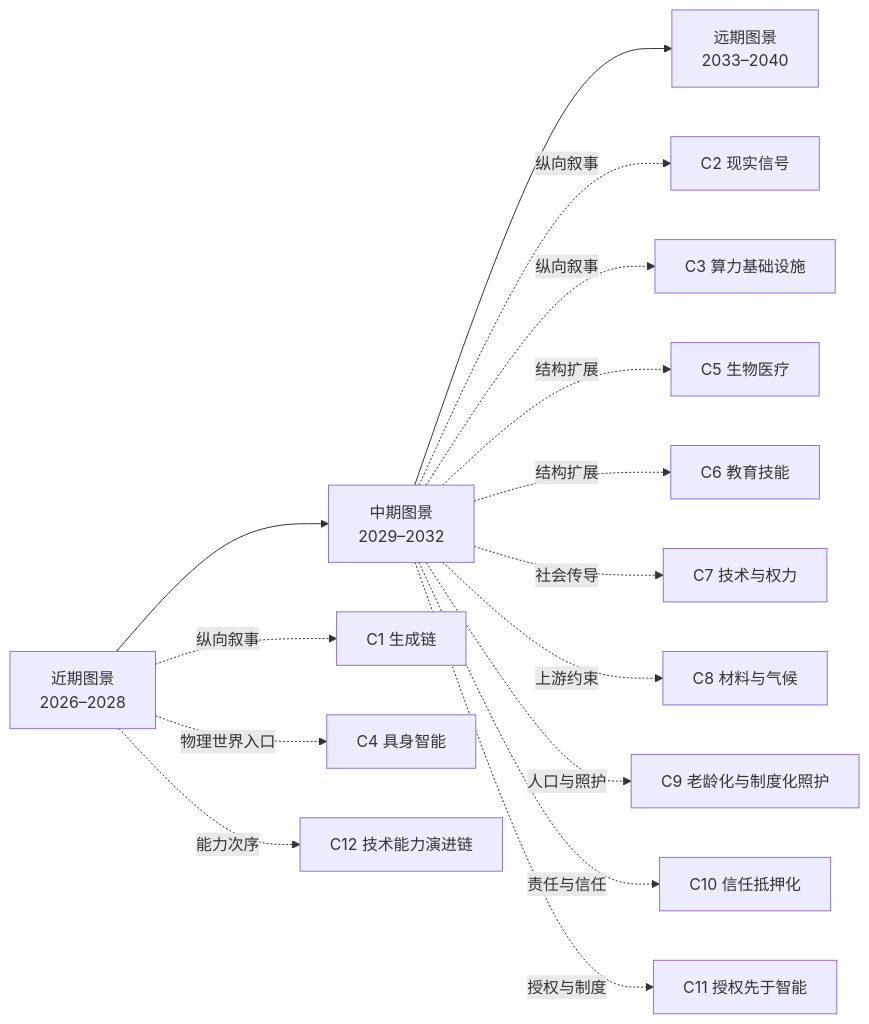
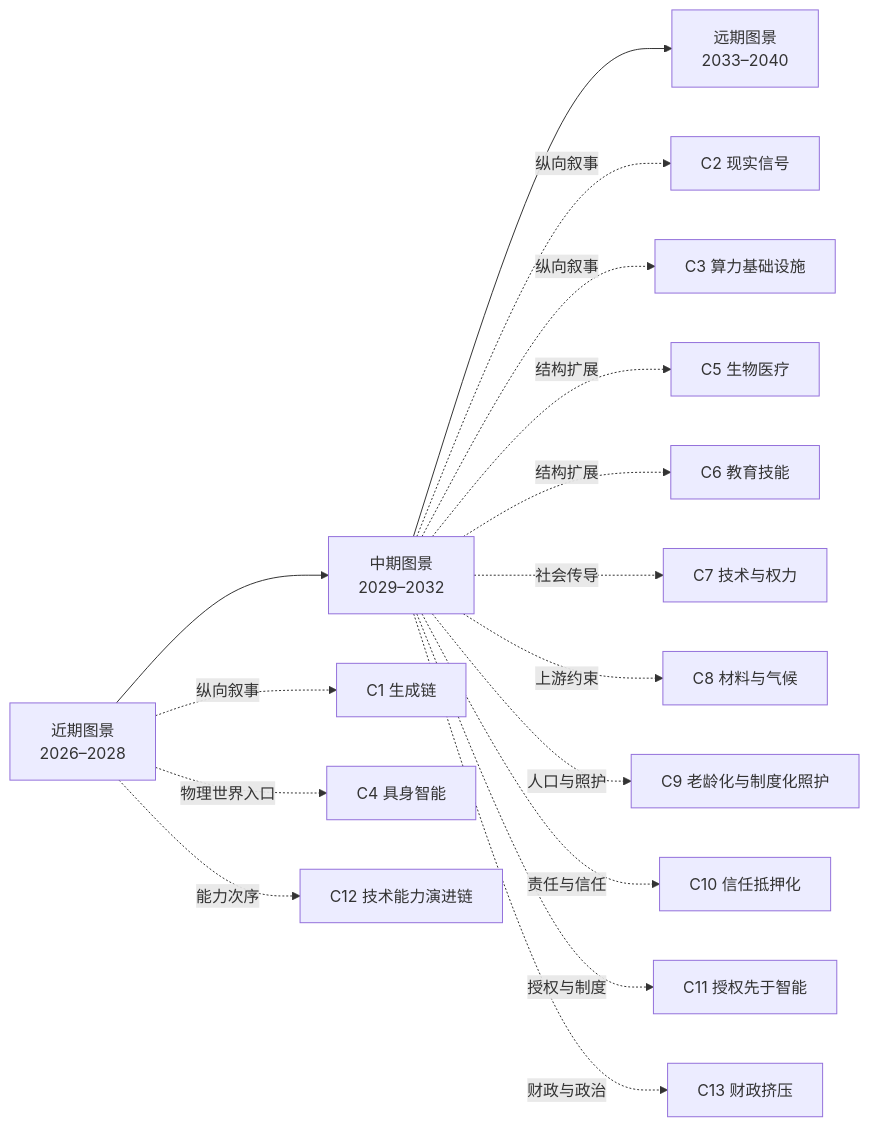
The diagram in README.md (SenZhangAI/foresight-by-ai), drawn with Mermaid before and after one commit. The commit also changed other lines of this file and 25 other files, not shown here.

````diff
--- a/README.md
+++ b/README.md
@@ -183,17 +186,18 @@
 ```mermaid
 flowchart LR
   N[近期图景\n2026–2028] --> M[中期图景\n2029–2032]
   M --> F[远期图景\n2033–2040]
   N -.纵向叙事.-> C1[C1 生成链]
   M -.纵向叙事.-> C2[C2 现实信号]
   M -.纵向叙事.-> C3[C3 算力基础设施]
   N -.物理世界入口.-> C4[C4 具身智能]
   M -.结构扩展.-> C5[C5 生物医疗]
   M -.结构扩展.-> C6[C6 教育技能]
   M -.社会传导.-> C7[C7 技术与权力]
   M -.上游约束.-> C8[C8 材料与气候]
   M -.人口与照护.-> C9[C9 老龄化与制度化照护]
   M -.责任与信任.-> C10[C10 信任抵押化]
   M -.授权与制度.-> C11[C11 授权先于智能]
   N -.能力次序.-> C12[C12 技术能力演进链]
+  M -.财政与政治.-> C13[C13 财政挤压]
 ```
````
